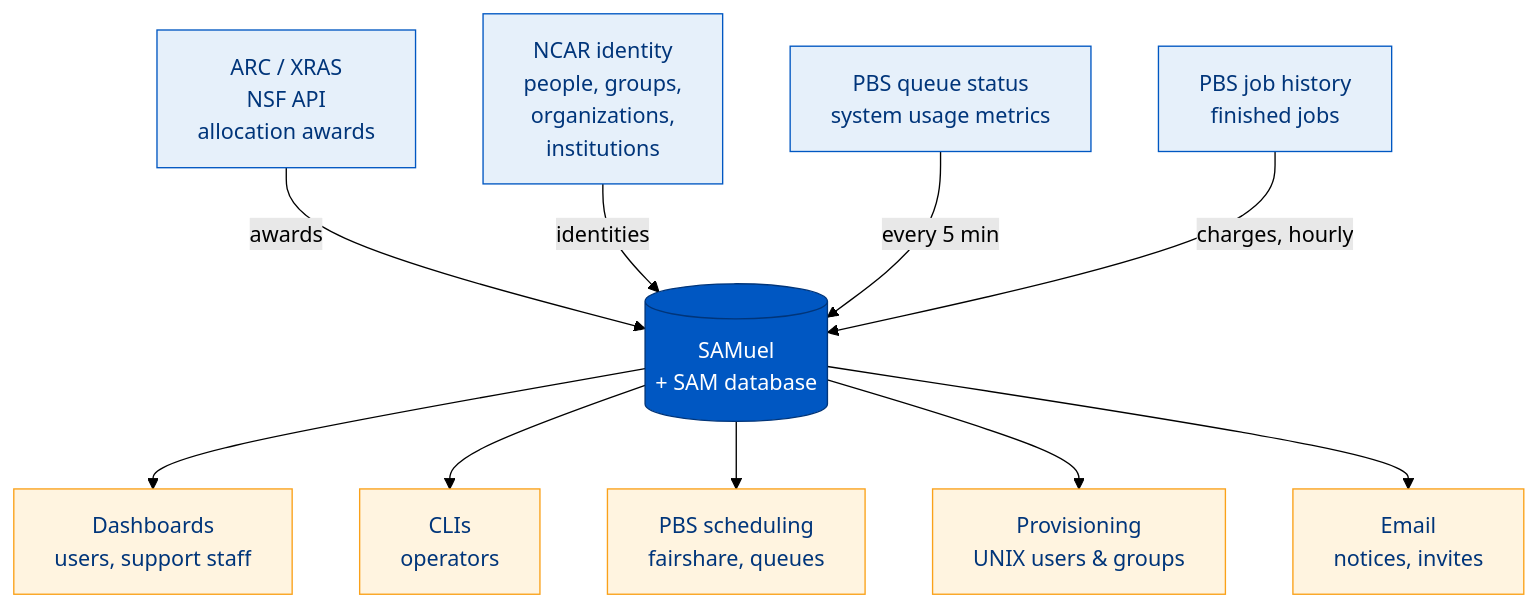
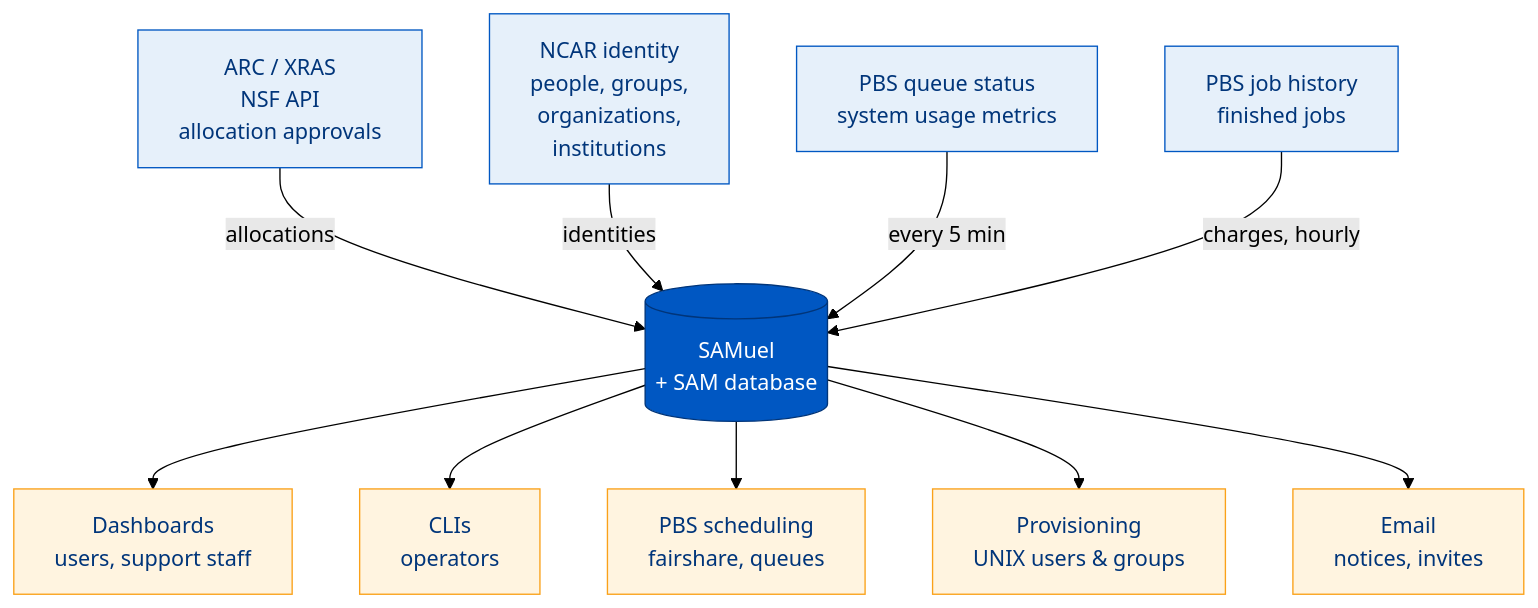
One commit to benkirk/sam-queries changed the diagram in docs/presentations/samuel/_1-overview.qmd. Above: the diagram before and after it, drawn with Mermaid (forest theme). The commit also changed other lines of this file and 21 other files, not shown here.

First line of the commit message:
Decks: plain part titles, institutional byline, XRAS sends allocations

````diff
--- a/docs/presentations/samuel/_1-overview.qmd
+++ b/docs/presentations/samuel/_1-overview.qmd
@@ -102,26 +102,26 @@
 ```{mermaid}
 %%| fig-width: 10
 flowchart TB
-    XRAS["ARC / XRAS<br/>NSF API<br/>allocation awards"]:::inb
+    XRAS["ARC / XRAS<br/>NSF API<br/>allocation approvals"]:::inb
     LDAP["NCAR identity<br/>people, groups,<br/>organizations,<br/>institutions"]:::inb
     COL["PBS queue status<br/>system usage metrics"]:::inb
     JOBS["PBS job history<br/>finished jobs"]:::inb
     SAM[("SAMuel<br/>+ SAM database")]:::core
     WEB["Dashboards<br/>users, support staff"]:::out
     CLI["CLIs<br/>operators"]:::out
     PBS["PBS scheduling<br/>fairshare, queues"]:::out
     PROV["Provisioning<br/>UNIX users & groups"]:::out
     MAIL["Email<br/>notices, invites"]:::out
-    XRAS -->|awards| SAM
+    XRAS -->|allocations| SAM
     LDAP -->|identities| SAM
     COL -->|every 5 min| SAM
     JOBS -->|charges, hourly| SAM
     SAM --> WEB
     SAM --> CLI
     SAM --> PBS
     SAM --> PROV
     SAM --> MAIL
     classDef inb fill:#E6F0FA,stroke:#0057C2,color:#00357A
     classDef core fill:#0057C2,stroke:#00357A,color:#FFFFFF
     classDef out fill:#FFF4E0,stroke:#FAA119,color:#00357A
 ```
````
